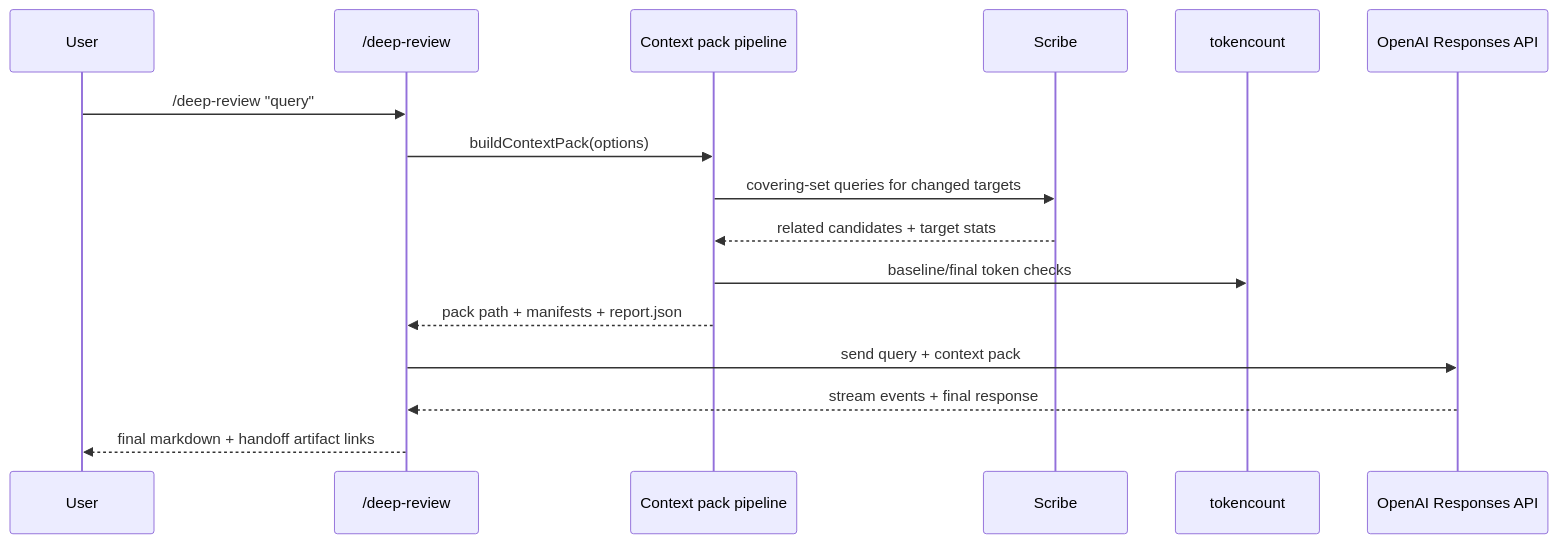
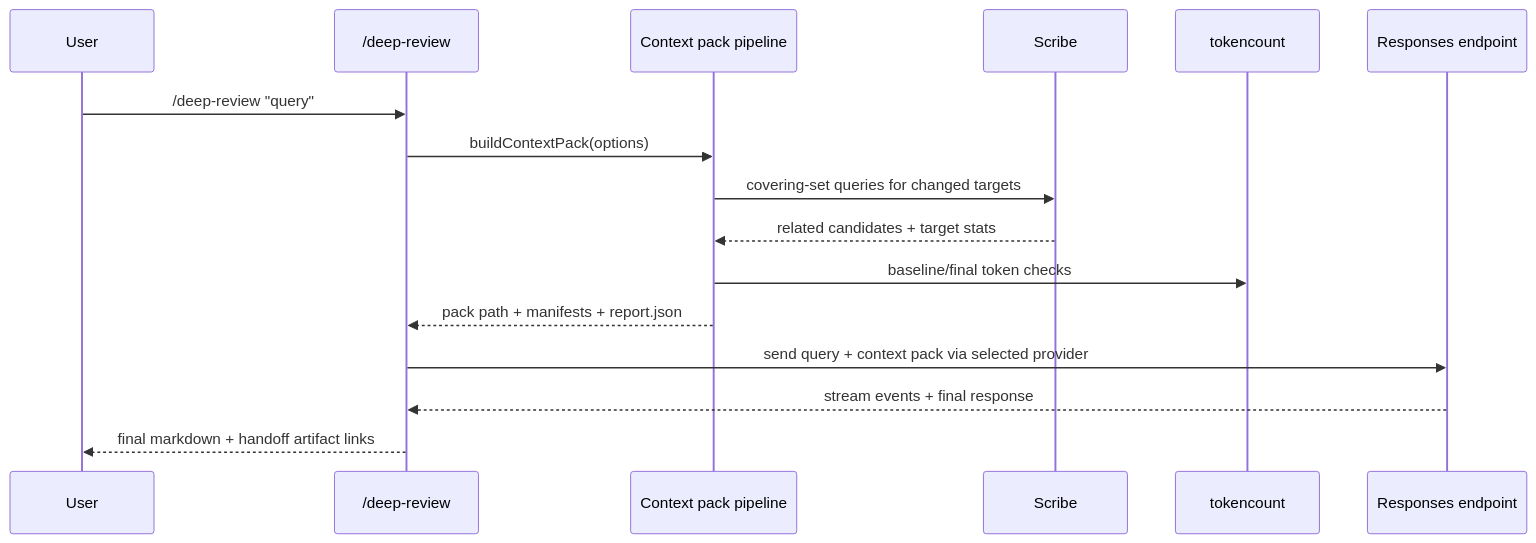
Before and after one commit to ferologics/pi-deep-review: the first of 2 diagrams in ARCH.md, drawn with Mermaid. The commit also changed other lines of this file and 4 other files, not shown here.

````diff
--- a/ARCH.md
+++ b/ARCH.md
@@ -23,19 +23,19 @@
 ```mermaid
 sequenceDiagram
     participant U as User
     participant DR as /deep-review
     participant CP as Context pack pipeline
     participant S as Scribe
     participant T as tokencount
-    participant O as OpenAI Responses API
+    participant O as Responses endpoint
 
     U->>DR: /deep-review "query"
     DR->>CP: buildContextPack(options)
     CP->>S: covering-set queries for changed targets
     S-->>CP: related candidates + target stats
     CP->>T: baseline/final token checks
     CP-->>DR: pack path + manifests + report.json
-    DR->>O: send query + context pack
+    DR->>O: send query + context pack via selected provider
     O-->>DR: stream events + final response
     DR-->>U: final markdown + handoff artifact links
 ```
````
